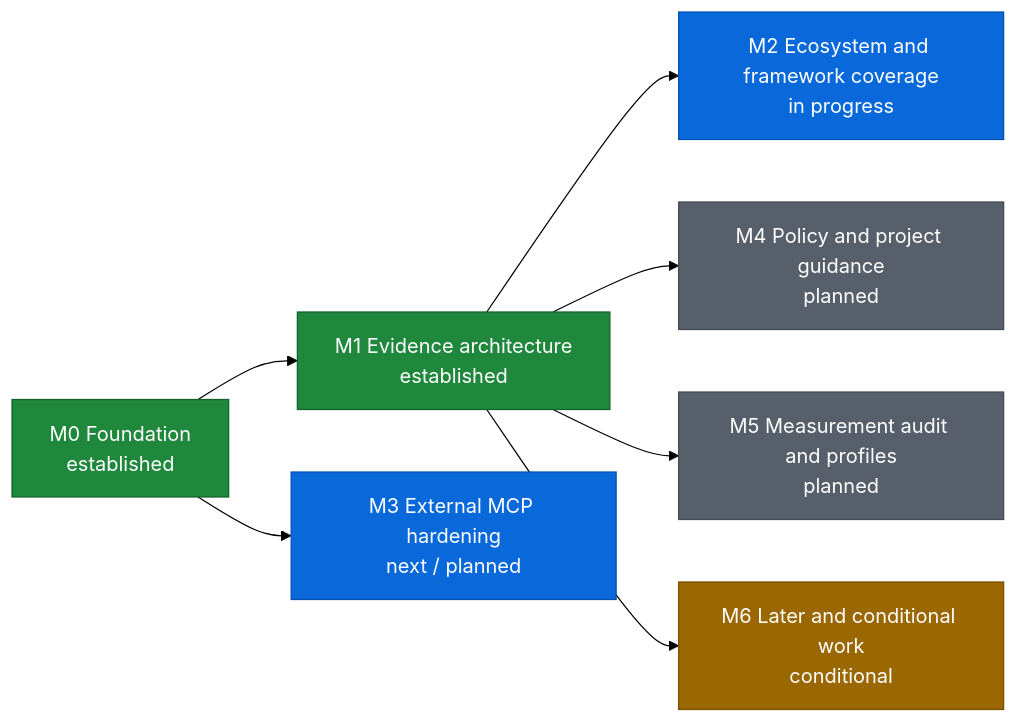
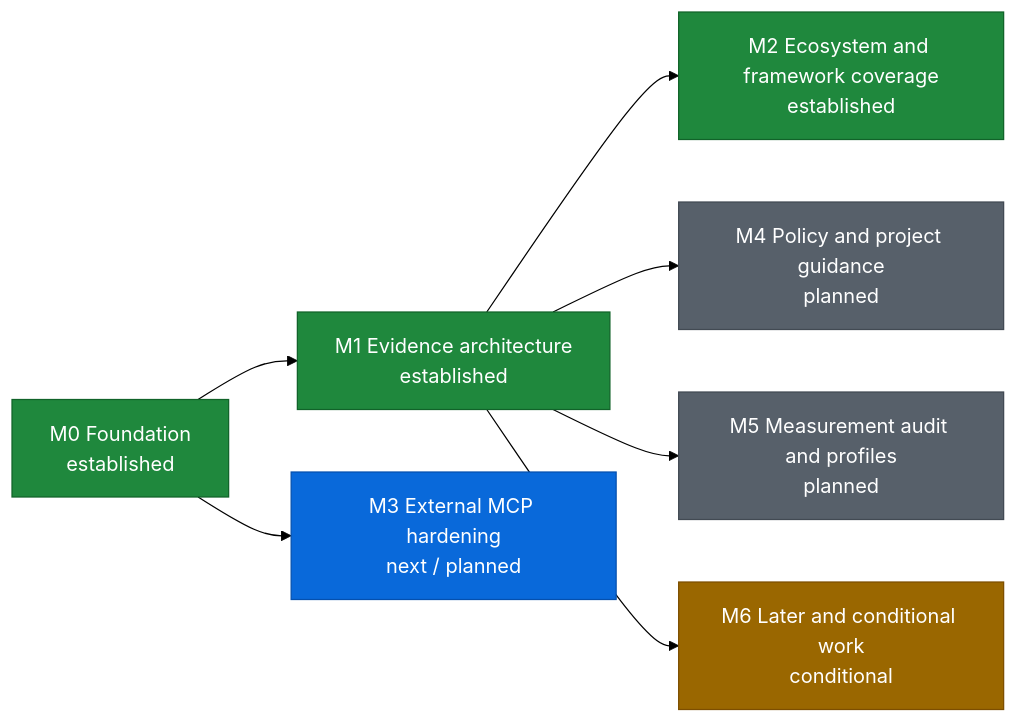
One commit to xeonvs/open-code-review-toolkit changed the diagram in ROADMAP.md. Above: the diagram before and after it, drawn with Mermaid (forest theme). The commit also changed other lines of this file and 2 other files, not shown here.

Commit message:
docs: mark M2 established (#80)
Record stable 0.5.0 external reconciliation and move M2 to Established without changing package or release artifacts.

skip-checks: true

````diff
--- a/ROADMAP.md
+++ b/ROADMAP.md
@@ -8,20 +8,19 @@
 ```mermaid
 flowchart LR
     M0["M0 Foundation<br/>established"] --> M1["M1 Evidence architecture<br/>established"]
     M0 --> M3["M3 External MCP hardening<br/>next / planned"]
-    M1 --> M2["M2 Ecosystem and framework coverage<br/>in progress"]
+    M1 --> M2["M2 Ecosystem and framework coverage<br/>established"]
     M1 --> M4["M4 Policy and project guidance<br/>planned"]
     M1 --> M5["M5 Measurement audit and profiles<br/>planned"]
     M1 --> M6["M6 Later and conditional work<br/>conditional"]
 
     classDef established fill:#1f883d,stroke:#116329,color:#ffffff
     classDef next fill:#0969da,stroke:#0550ae,color:#ffffff
     classDef planned fill:#57606a,stroke:#424a53,color:#ffffff
     classDef conditional fill:#9a6700,stroke:#7d4e00,color:#ffffff
 
-    class M0,M1 established
+    class M0,M1,M2 established
     class M3 next
     class M4,M5 planned
-    class M2 next
     class M6 conditional
 ```
````
